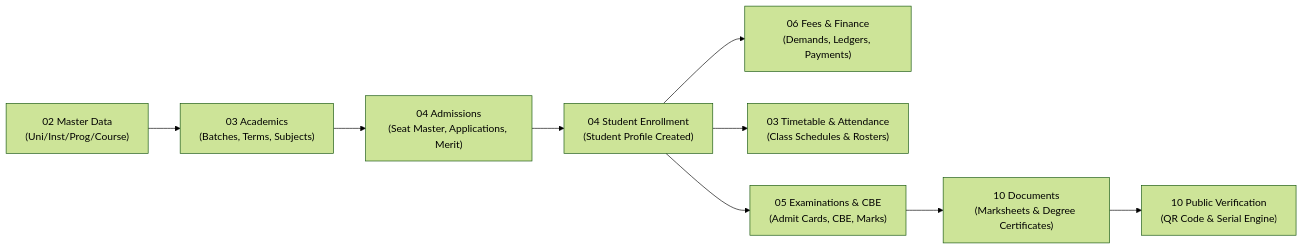
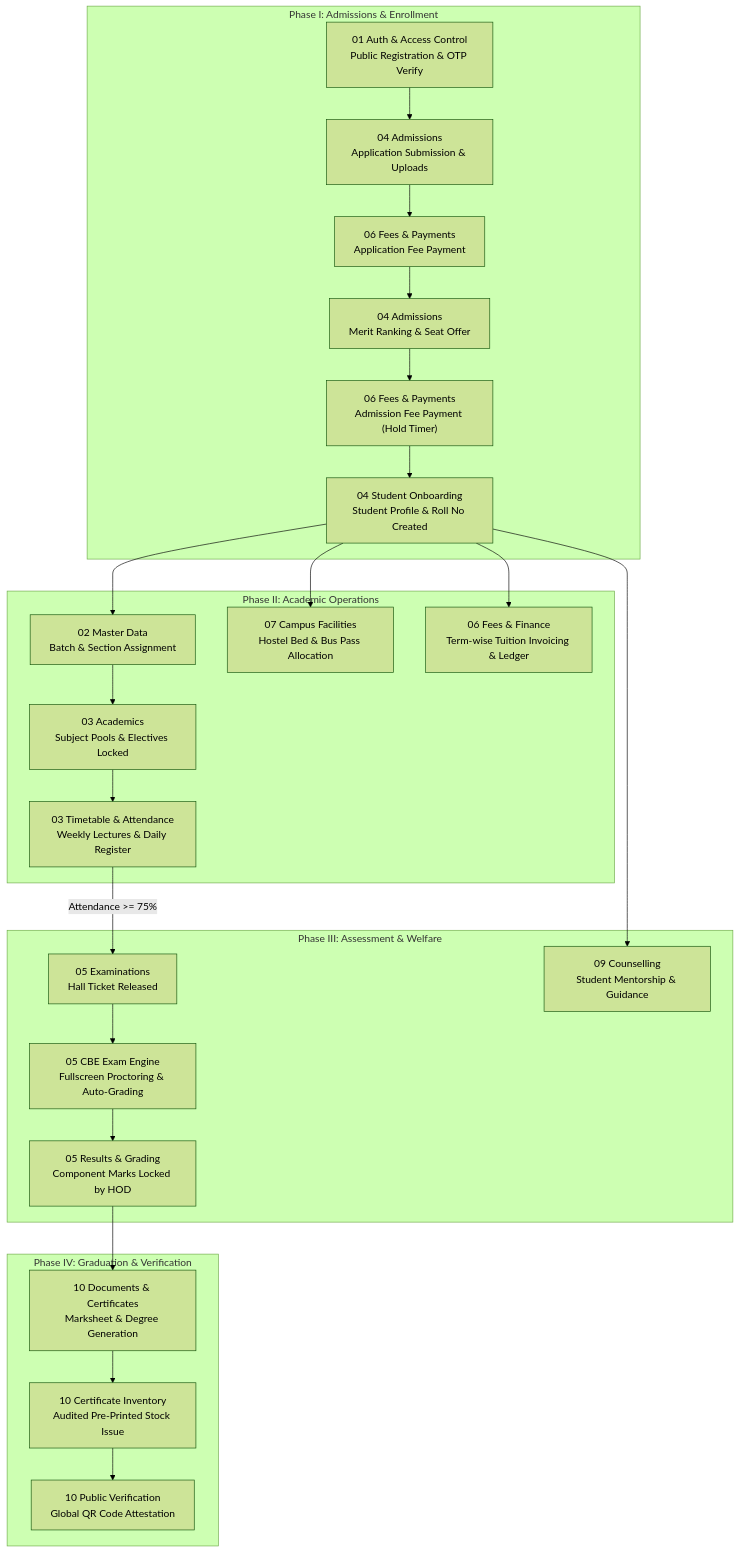
The third of 3 diagrams in flow/README.md (airaaa07/jubilant-lamp), drawn with Mermaid (forest theme) before and after one commit. The commit also changed other lines of this file and 8 other files, not shown here.

````diff
--- a/flow/README.md
+++ b/flow/README.md
@@ -122,11 +123,31 @@
 ```mermaid
-flowchart LR
-    MD["02 Master Data<br/>(Uni/Inst/Prog/Course)"] --> AC["03 Academics<br/>(Batches, Terms, Subjects)"]
-    AC --> AD["04 Admissions<br/>(Seat Master, Applications, Merit)"]
-    AD --> EN["04 Student Enrollment<br/>(Student Profile Created)"]
-    EN --> FE["06 Fees & Finance<br/>(Demands, Ledgers, Payments)"]
-    EN --> TT["03 Timetable & Attendance<br/>(Class Schedules & Rosters)"]
-    EN --> EX["05 Examinations & CBE<br/>(Admit Cards, CBE, Marks)"]
-    EX --> DC["10 Documents<br/>(Marksheets & Degree Certificates)"]
-    DC --> VR["10 Public Verification<br/>(QR Code & Serial Engine)"]
+flowchart TD
+    subgraph PreAdmission ["Phase I: Admissions & Enrollment"]
+        M01["01 Auth & Access Control<br/>Public Registration & OTP Verify"] --> M04A["04 Admissions<br/>Application Submission & Uploads"]
+        M04A --> M06A["06 Fees & Payments<br/>Application Fee Payment"]
+        M06A --> M04B["04 Admissions<br/>Merit Ranking & Seat Offer"]
+        M04B --> M06B["06 Fees & Payments<br/>Admission Fee Payment (Hold Timer)"]
+        M06B --> M04C["04 Student Onboarding<br/>Student Profile & Roll No Created"]
+    end
+
+    subgraph AcademicOps ["Phase II: Academic Operations"]
+        M04C --> M02["02 Master Data<br/>Batch & Section Assignment"]
+        M02 --> M03A["03 Academics<br/>Subject Pools & Electives Locked"]
+        M03A --> M03B["03 Timetable & Attendance<br/>Weekly Lectures & Daily Register"]
+        M04C --> M07["07 Campus Facilities<br/>Hostel Bed & Bus Pass Allocation"]
+        M04C --> M06C["06 Fees & Finance<br/>Term-wise Tuition Invoicing & Ledger"]
+    end
+
+    subgraph Assessment ["Phase III: Assessment & Welfare"]
+        M03B -->|Attendance >= 75%| M05A["05 Examinations<br/>Hall Ticket Released"]
+        M04C --> M09["09 Counselling<br/>Student Mentorship & Guidance"]
+        M05A --> M05B["05 CBE Exam Engine<br/>Fullscreen Proctoring & Auto-Grading"]
+        M05B --> M05C["05 Results & Grading<br/>Component Marks Locked by HOD"]
+    end
+
+    subgraph Attestation ["Phase IV: Graduation & Verification"]
+        M05C --> M10A["10 Documents & Certificates<br/>Marksheet & Degree Generation"]
+        M10A --> M10B["10 Certificate Inventory<br/>Audited Pre-Printed Stock Issue"]
+        M10B --> M10C["10 Public Verification<br/>Global QR Code Attestation"]
+    end
 ```
````
